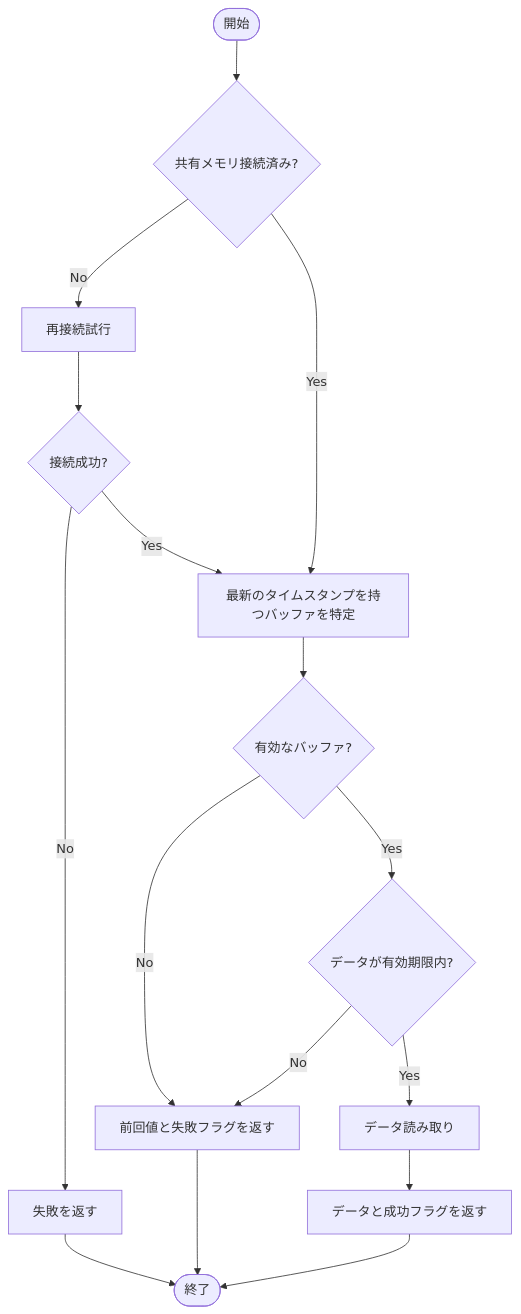
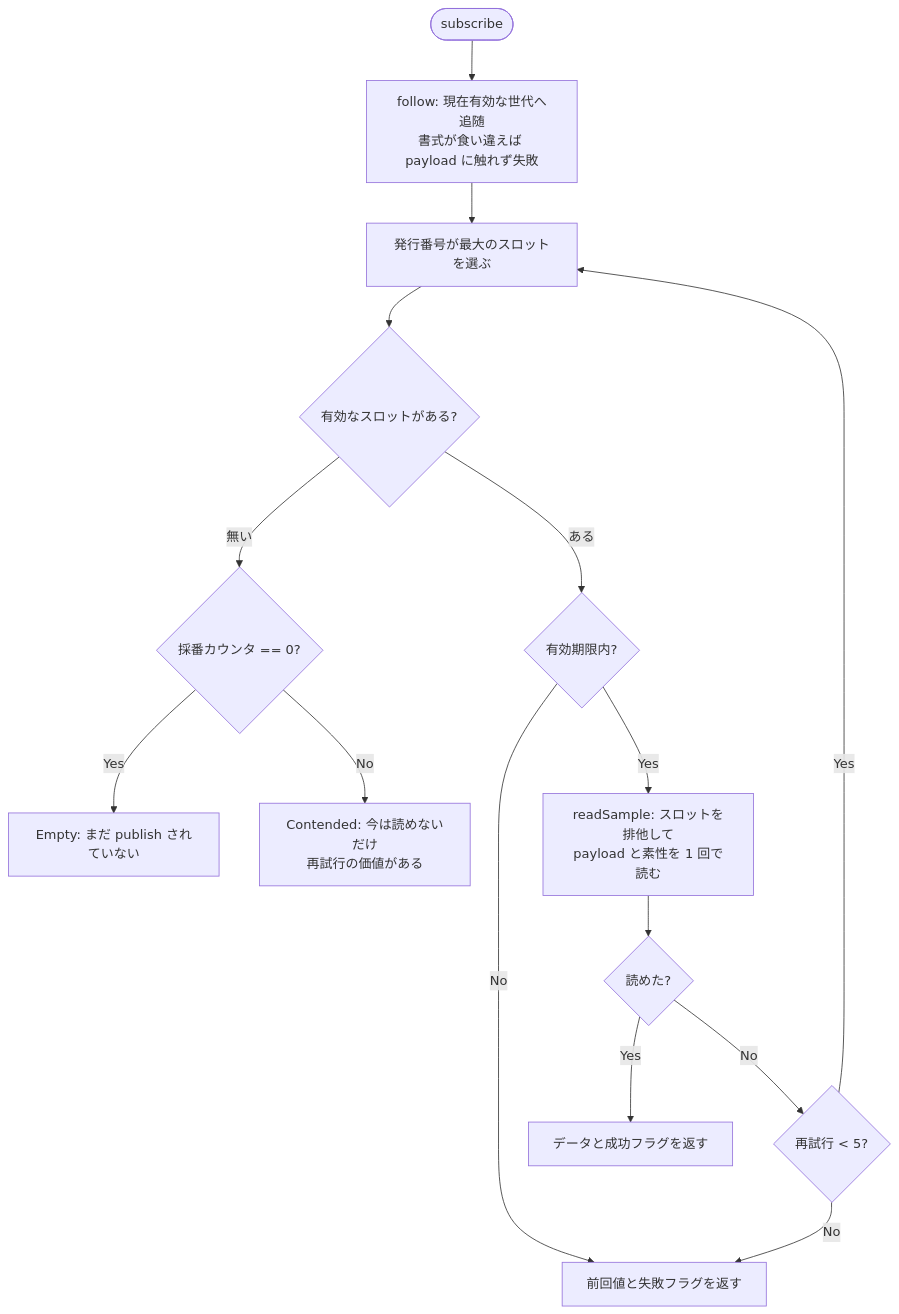
One commit to REACT-ROBOT/shared-memory-based-handy-communication-manager changed the ninth of 17 diagrams in manual/spec_jp.md. Above: the diagram before and after it, drawn with Mermaid. The commit also changed other lines of this file and 4 other files, not shown here.

```diff
--- a/manual/spec_jp.md
+++ b/manual/spec_jp.md
@@ -410,18 +406,17 @@
 <div class="mermaid">
 flowchart TD
-    Start([開始]) --> CheckConn{共有メモリ接続済み?}
-    CheckConn -->|No| Reconnect[再接続試行]
-    Reconnect --> ConnSuccess{接続成功?}
-    ConnSuccess -->|No| ReturnFail[失敗を返す]
-    ConnSuccess -->|Yes| GetNewest
-    CheckConn -->|Yes| GetNewest[最新のタイムスタンプを持つバッファを特定]
-    GetNewest --> ValidBuffer{有効なバッファ?}
-    ValidBuffer -->|No| ReturnOld[前回値と失敗フラグを返す]
-    ValidBuffer -->|Yes| CheckExpiry{データが有効期限内?}
-    CheckExpiry -->|No| ReturnOld
-    CheckExpiry -->|Yes| ReadData[データ読み取り]
-    ReadData --> ReturnSuccess[データと成功フラグを返す]
-    ReturnFail --> End([終了])
-    ReturnOld --> End
-    ReturnSuccess --> End
+    Start([subscribe]) --> Follow[follow: 現在有効な世代へ追随<br/>書式が食い違えば payload に触れず失敗]
+    Follow --> Pick[発行番号が最大のスロットを選ぶ]
+    Pick --> Valid{有効なスロットがある?}
+    Valid -->|無い| Why{採番カウンタ == 0?}
+    Why -->|Yes| Empty[Empty: まだ publish されていない]
+    Why -->|No| Contended[Contended: 今は読めないだけ<br/>再試行の価値がある]
+    Valid -->|ある| Expiry{有効期限内?}
+    Expiry -->|No| Old[前回値と失敗フラグを返す]
+    Expiry -->|Yes| Read[readSample: スロットを排他して<br/>payload と素性を 1 回で読む]
+    Read --> Ok{読めた?}
+    Ok -->|Yes| Success[データと成功フラグを返す]
+    Ok -->|No| Retry{再試行 < 5?}
+    Retry -->|Yes| Pick
+    Retry -->|No| Old
 </div>
```
